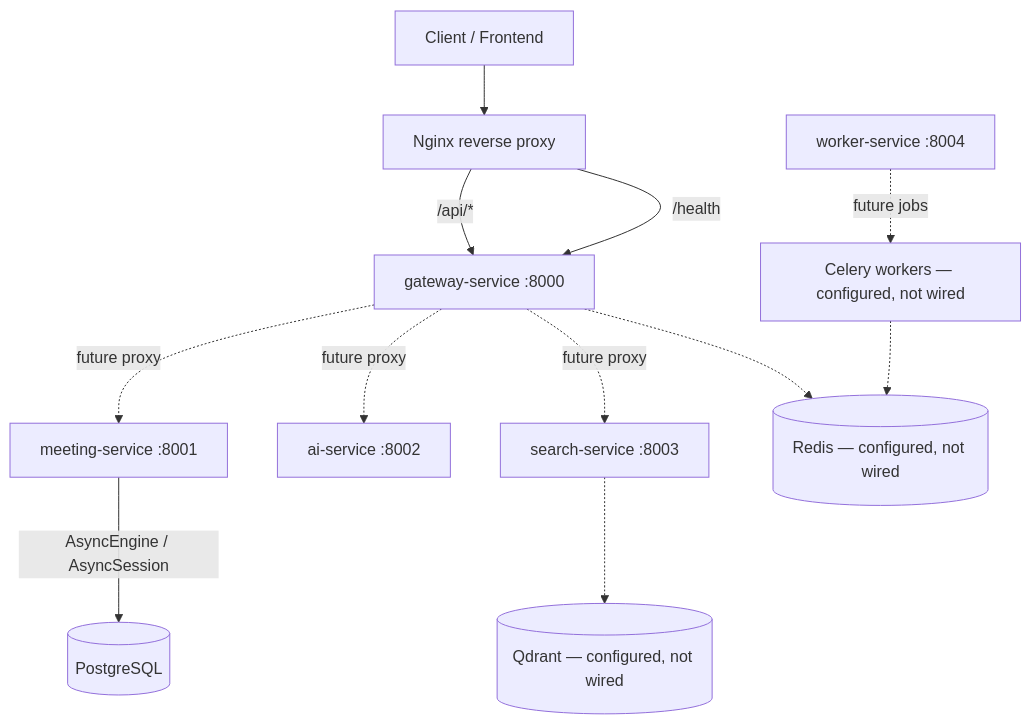
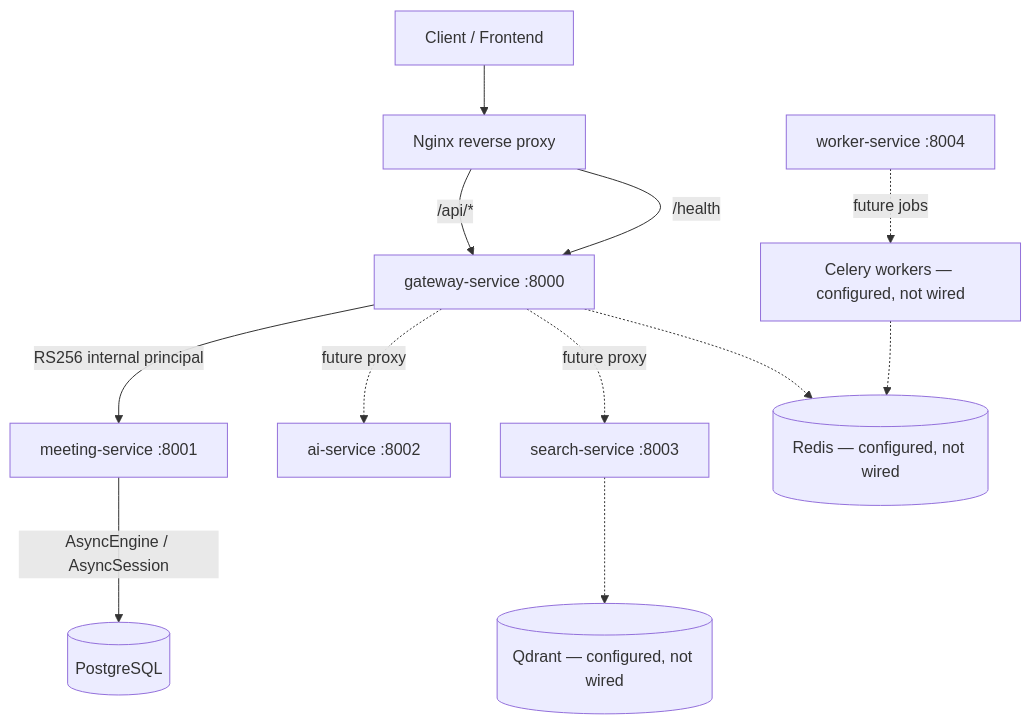
The diagram in docs/architecture/project-foundation.md (MeghnaTomar17/meeting-summarizer-follow-up-ai-agent), drawn with Mermaid before and after one commit. The commit also changed other lines of this file and 51 other files, not shown here.

````diff
--- a/docs/architecture/project-foundation.md
+++ b/docs/architecture/project-foundation.md
@@ -36,29 +40,29 @@
 ```mermaid
 flowchart TB
     Client[Client / Frontend]
     Nginx[Nginx reverse proxy]
     Gateway[gateway-service :8000]
     Meeting[meeting-service :8001]
     AI[ai-service :8002]
     Search[search-service :8003]
     Worker[worker-service :8004]
 
     PG[(PostgreSQL)]
     Redis[(Redis — configured, not wired)]
     Qdrant[(Qdrant — configured, not wired)]
     Celery[Celery workers — configured, not wired]
 
     Client --> Nginx
     Nginx -->|"/api/*"| Gateway
     Nginx -->|"/health"| Gateway
 
-    Gateway -.->|future proxy| Meeting
+    Gateway -->|RS256 internal principal| Meeting
     Gateway -.->|future proxy| AI
     Gateway -.->|future proxy| Search
 
     Meeting -->|AsyncEngine / AsyncSession| PG
     Worker -.->|future jobs| Celery
     Celery -.-> Redis
     Search -.-> Qdrant
     Gateway -.-> Redis
 ```
````
